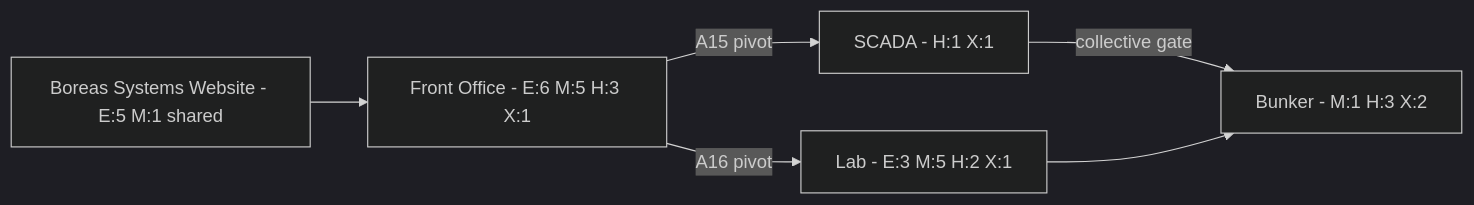
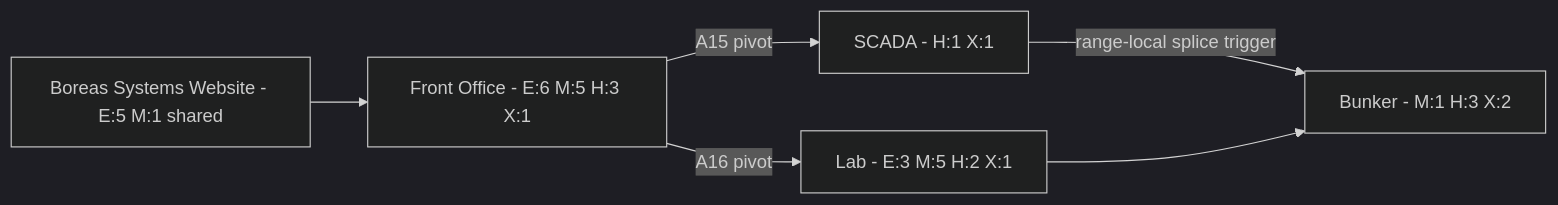
Before and after one commit to PaloAltoNetworks/shifter: the first of 2 diagrams in scenario-dev/polaris/design/architecture.md, drawn with Mermaid (dark theme). The commit also changed other lines of this file and 19 other files, not shown here.

````diff
--- a/scenario-dev/polaris/design/architecture.md
+++ b/scenario-dev/polaris/design/architecture.md
@@ -5,8 +5,8 @@
 ```mermaid
 graph LR
     W[Boreas Systems Website - E:5 M:1 shared] --> A[Front Office - E:6 M:5 H:3 X:1]
     A -->|A15 pivot| S[SCADA - H:1 X:1]
     A -->|A16 pivot| B[Lab - E:3 M:5 H:2 X:1]
-    S -->|collective gate| C[Bunker - M:1 H:3 X:2]
+    S -->|range-local splice trigger| C[Bunker - M:1 H:3 X:2]
     B --> C
 ```
````
